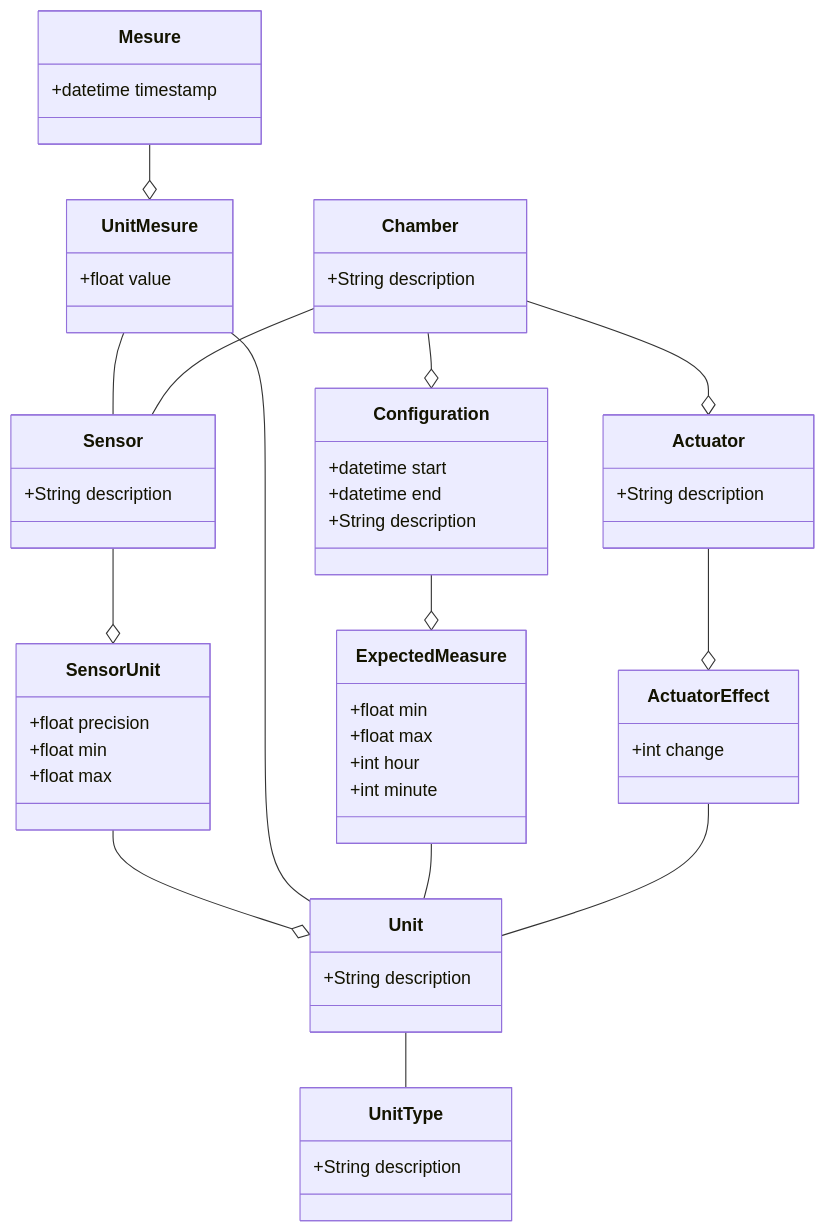
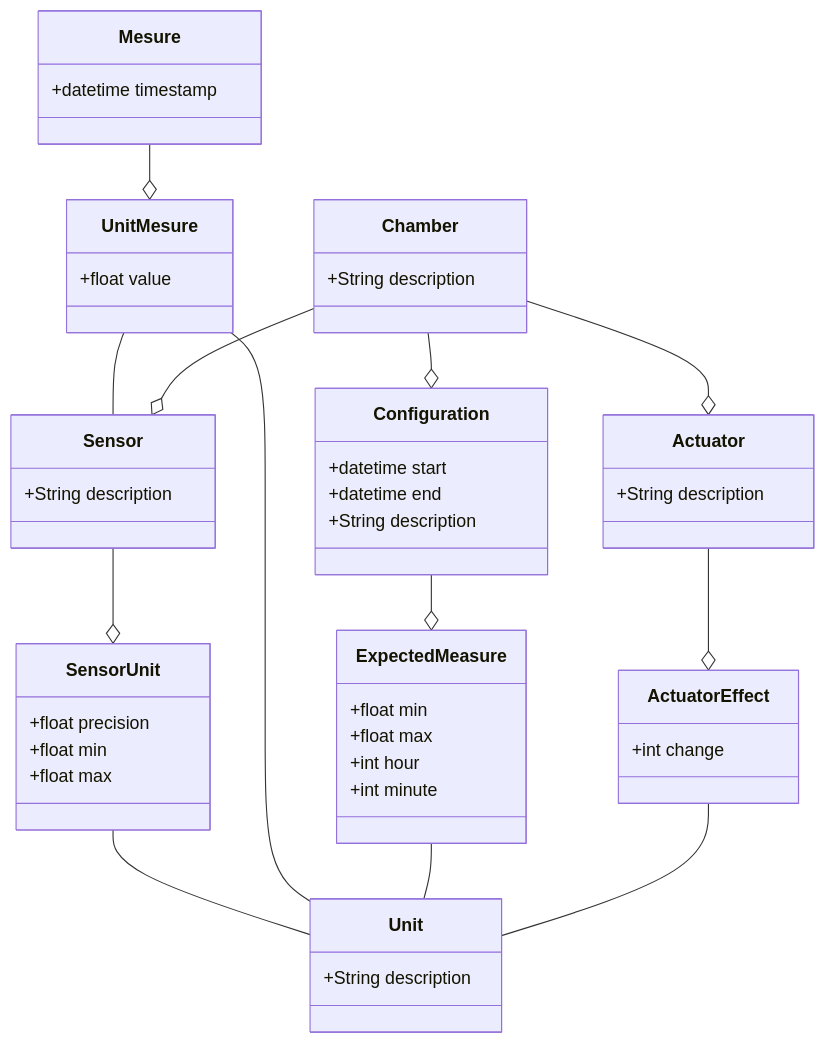
One commit to GrowCab/GC_database changed the diagram in docs/database_design.md. Above: the diagram before and after it, drawn with Mermaid. The commit also changed 1 other file, not shown here.

Commit message:
Updated database design
Added models for Chamber -> Sensor -> Unit

````diff
--- a/docs/database_design.md
+++ b/docs/database_design.md
@@ -1,65 +1,60 @@
 ```mermaid
 classDiagram
 
 class Sensor{
     +String description
 }
 
 class SensorUnit{
     +float precision
     +float min
     +float max
 }
 
 class Unit{
-    +String description
-}
-
-class UnitType{
     +String description
 }
 
 class Mesure{
     +datetime timestamp
 }
 class UnitMesure{
     +float value
 }
 class ExpectedMeasure{
     +float min
     +float max
     +int hour
     +int minute
 }
 class Configuration{
     +datetime start
     +datetime end
     +String description
 }
 class Chamber{
     +String description
 }
 
 class Actuator{
     +String description
 }
 
 class ActuatorEffect{
     +int change
 }
 
 Sensor --o SensorUnit
-SensorUnit --o Unit
+SensorUnit -- Unit
 UnitMesure -- Unit
-Unit -- UnitType
 UnitMesure -- Sensor
 Mesure --o UnitMesure
 ExpectedMeasure -- Unit
 Configuration --o ExpectedMeasure
 Chamber --o Configuration
-Chamber -- Sensor
+Chamber --o Sensor
 Chamber --o Actuator
 Actuator --o ActuatorEffect
 ActuatorEffect -- Unit
 
 ```
````
